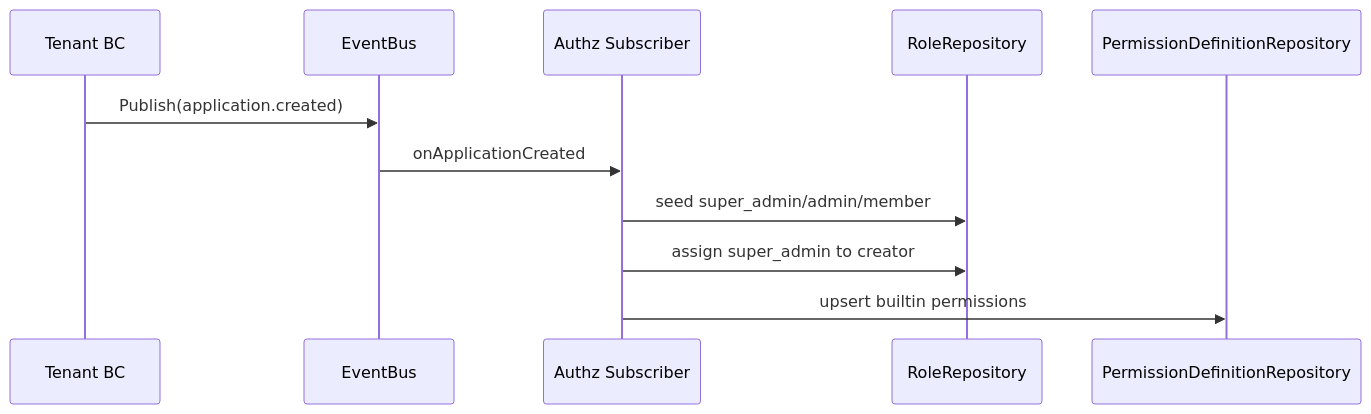
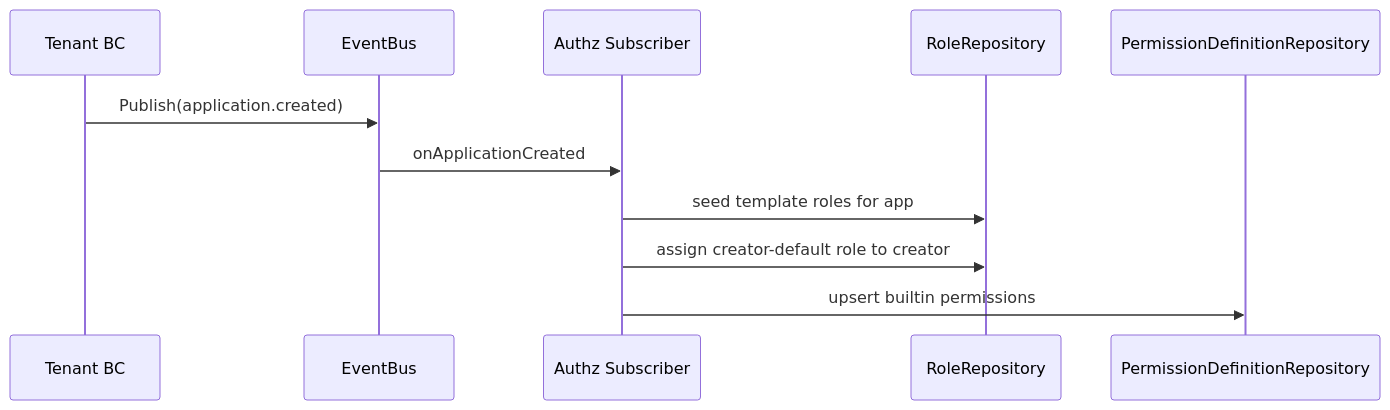
The fourth of 4 diagrams in docs/design/30-authz-context.md (hero-elio/openiam), drawn with Mermaid before and after one commit. The commit also changed other lines of this file and 10 other files, not shown here.

````diff
--- a/docs/design/30-authz-context.md
+++ b/docs/design/30-authz-context.md
@@ -112,14 +124,14 @@
 ```mermaid
 sequenceDiagram
   participant Tenant as Tenant BC
   participant Bus as EventBus
   participant Sub as Authz Subscriber
   participant RoleRepo as RoleRepository
   participant PDRepo as PermissionDefinitionRepository
 
   Tenant->>Bus: Publish(application.created)
   Bus->>Sub: onApplicationCreated
-  Sub->>RoleRepo: seed super_admin/admin/member
-  Sub->>RoleRepo: assign super_admin to creator
+Sub->>RoleRepo: seed template roles for app
+Sub->>RoleRepo: assign creator-default role to creator
   Sub->>PDRepo: upsert builtin permissions
 ```
````
